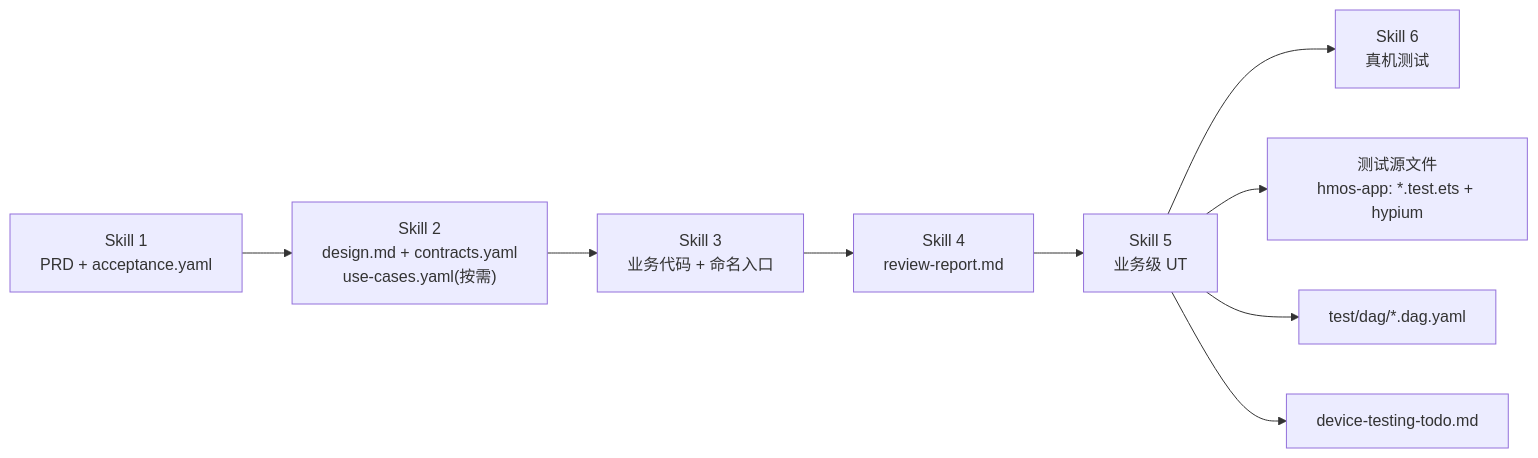
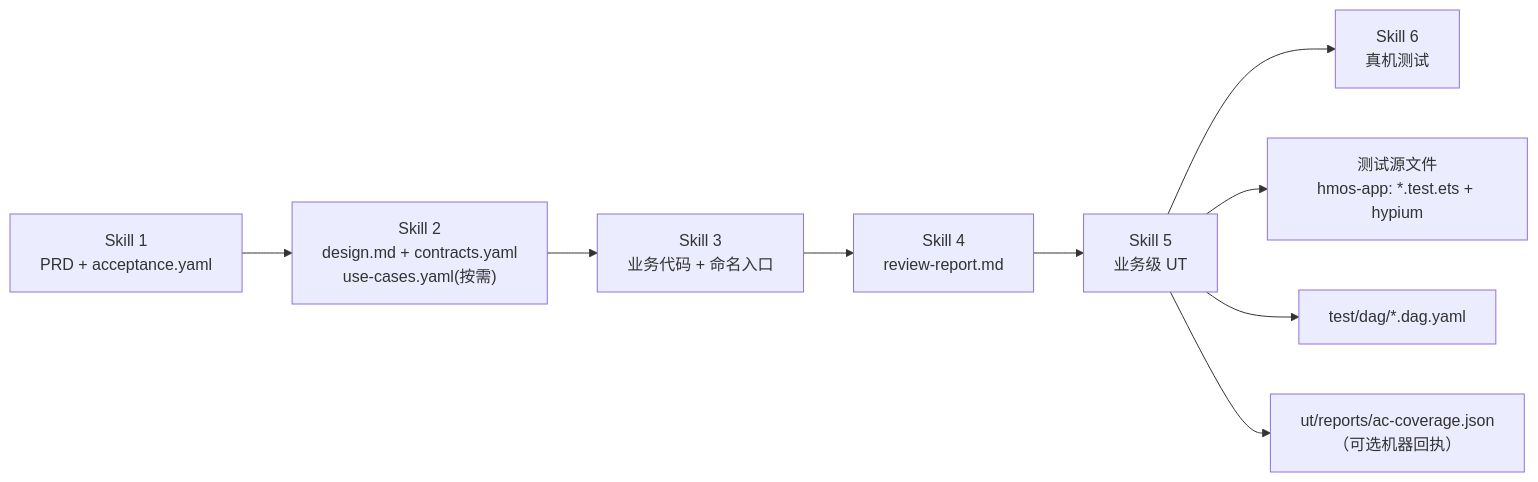
Before and after one commit to sqsqsq/SimulatedWalletForHmos: the first of 4 diagrams in framework/docs/skills/5-business-ut.md, drawn with Mermaid. The commit also changed other lines of this file and 44 other files, not shown here.

First line of the commit message:
feat(framework): 废弃 device-testing-todo，收敛 acceptance device_focus SSOT

````diff
--- a/framework/docs/skills/5-business-ut.md
+++ b/framework/docs/skills/5-business-ut.md
@@ -115,15 +115,15 @@
 ```mermaid
 flowchart LR
   S1["Skill 1<br/>PRD + acceptance.yaml"]
   S2["Skill 2<br/>design.md + contracts.yaml<br/>use-cases.yaml(按需)"]
   S3["Skill 3<br/>业务代码 + 命名入口"]
   S4["Skill 4<br/>review-report.md"]
   S5["Skill 5<br/>业务级 UT"]
   S6["Skill 6<br/>真机测试"]
 
   S1 --> S2 --> S3 --> S4 --> S5 --> S6
 
   S5 --> UT["测试源文件<br/>hmos-app: *.test.ets + hypium"]
   S5 --> DAG["test/dag/*.dag.yaml"]
-  S5 --> TODO["device-testing-todo.md"]
+  S5 --> COV["ut/reports/ac-coverage.json<br/>（可选机器回执）"]
 ```
````
